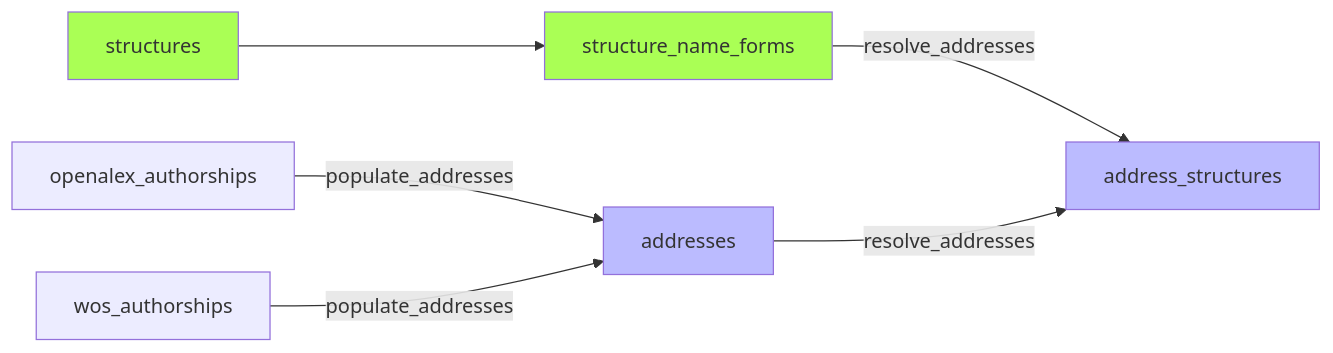
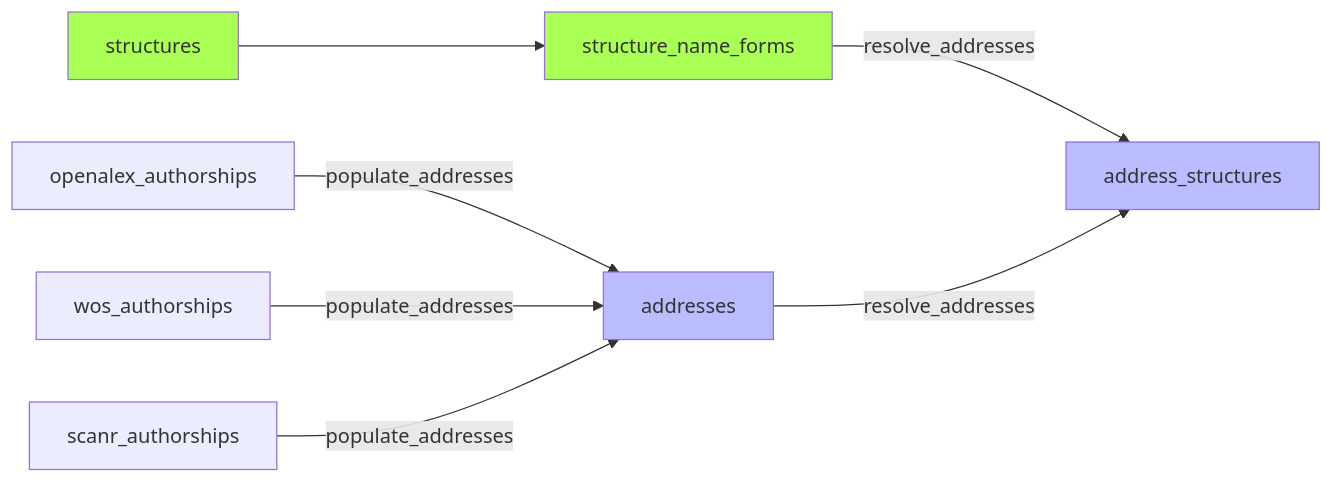
One commit to Y33sha/bibliometrie-uca changed the fourth of 9 diagrams in docs/pipeline.md. Above: the diagram before and after it, drawn with Mermaid. The commit also changed other lines of this file and 5 other files, not shown here.

````diff
--- a/docs/pipeline.md
+++ b/docs/pipeline.md
@@ -133,12 +137,13 @@
 ```mermaid
 flowchart LR
     A[openalex_authorships]-->|populate_addresses|B[addresses]
     C[wos_authorships]-->|populate_addresses|B
+    G[scanr_authorships]-->|populate_addresses|B
     D[structures]-->E[structure_name_forms]
     E-->|resolve_addresses|F[address_structures]
     B-->|resolve_addresses|F
     classDef new  fill:#bbf
     classDef valid  fill:#af5
     class B,F new;
     class D,E valid;
 ```
````
